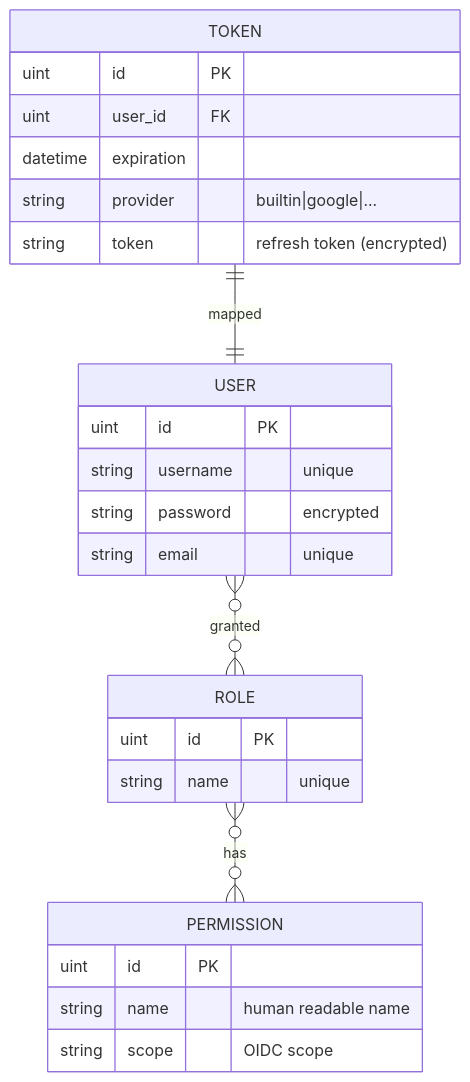
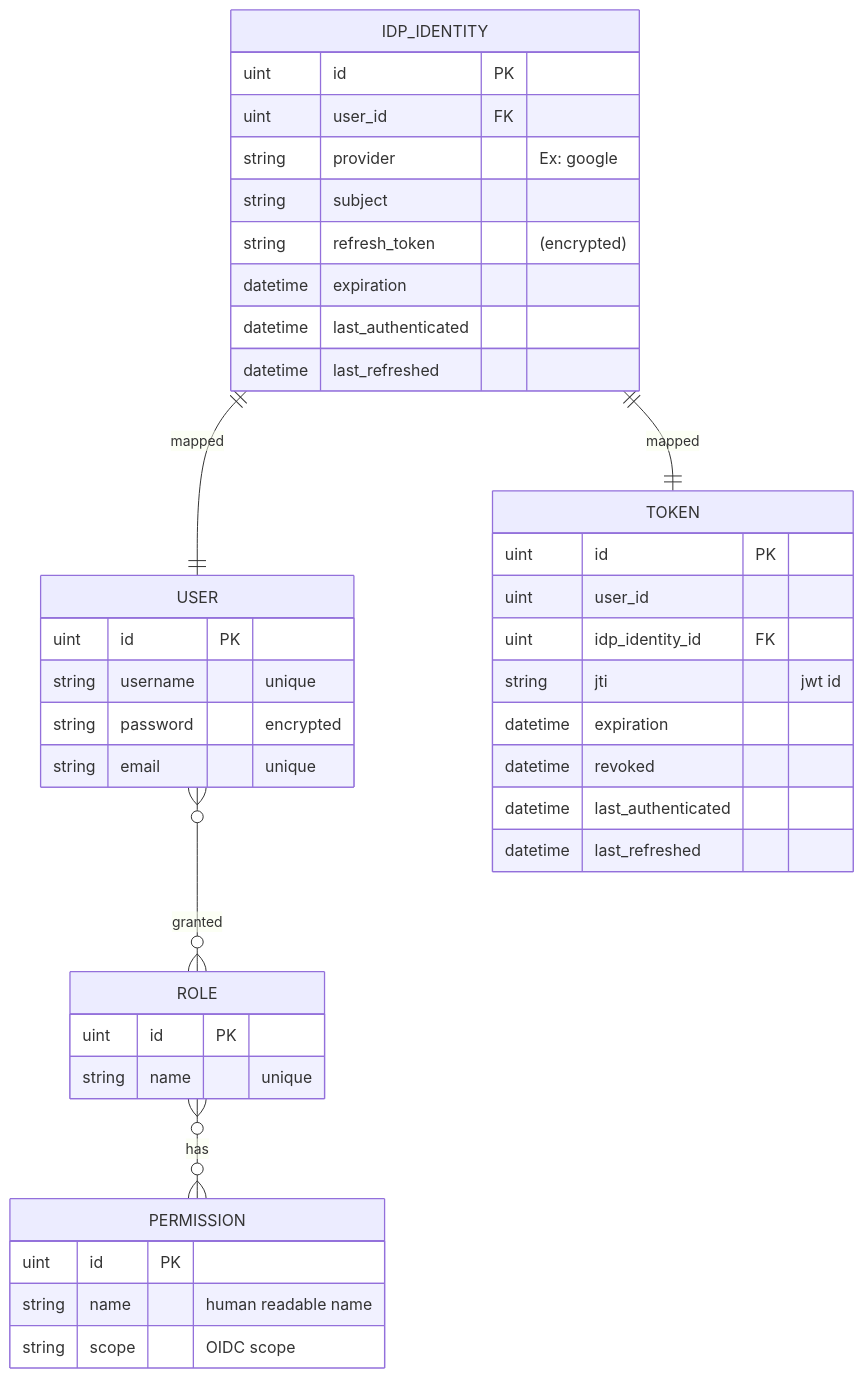
Before and after one commit to konveyor/enhancements: the first of 5 diagrams in enhancements/hub-oidc-provider/README.md, drawn with Mermaid. The commit also changed other lines of this file, not shown here.

Commit message:
checkpoint

````diff
--- a/enhancements/hub-oidc-provider/README.md
+++ b/enhancements/hub-oidc-provider/README.md
@@ -77,32 +77,47 @@
 ```mermaid
 erDiagram
     USER }o--o{ ROLE : "granted"
     ROLE }o--o{ PERMISSION : "has"
-    TOKEN ||--|| USER : "mapped"
+    IDP_IDENTITY ||--|| USER : "mapped"
+    IDP_IDENTITY ||--|| TOKEN : "mapped"
 
     USER {
         uint id PK
         string username "unique"
         string password "encrypted"
         string email "unique"
     }
 
     ROLE {
         uint id PK
         string name "unique"
     }
 
     PERMISSION {
         uint id PK
         string name "human readable name"
         string scope "OIDC scope"
     }
     
+    IDP_IDENTITY {
+        uint id PK
+        uint user_id FK
+        string provider "Ex: google"
+        string subject
+        string refresh_token "(encrypted)"
+        datetime expiration
+        datetime last_authenticated
+        datetime last_refreshed
+    }
+    
     TOKEN {
         uint id PK
-        uint user_id FK
+        uint user_id
+        uint idp_identity_id FK
+        string jti "jwt id"
         datetime expiration
-        string provider "builtin|google|..."
-        string token "refresh token (encrypted)"
+        datetime revoked
+        datetime last_authenticated
+        datetime last_refreshed
     }
 ```
````
